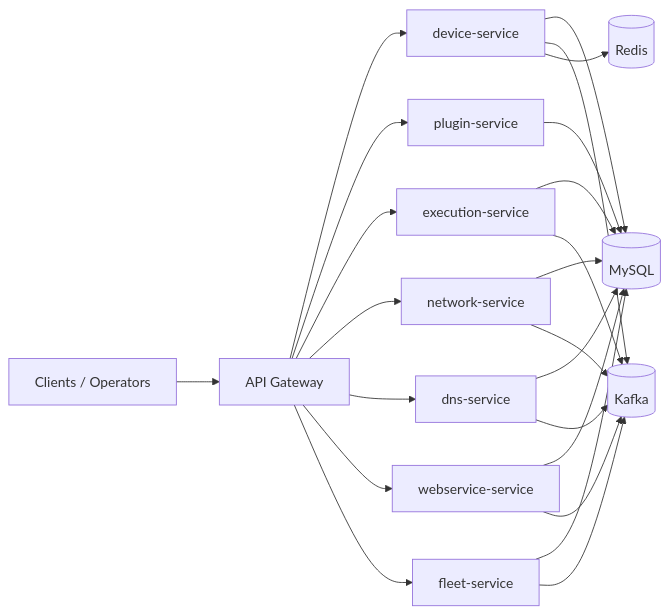
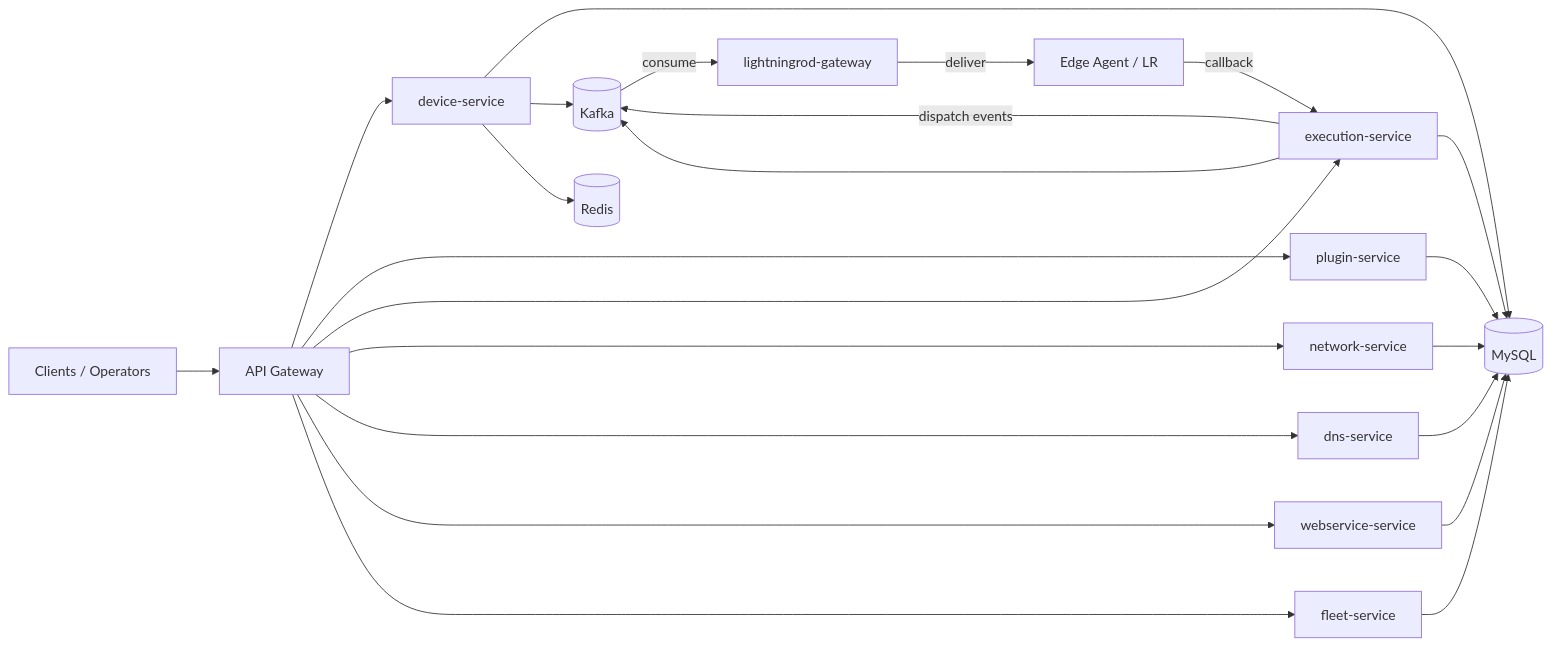
Before and after one commit to fabiooraziomirto/nexora-platform: the first of 3 diagrams in README.md, drawn with Mermaid. The commit also changed other lines of this file and 34 other files, not shown here.

First line of the commit message:
implementa parità funzionale IoTronic/LR con pipeline execution, gateway e agent lifecycle

````diff
--- a/README.md
+++ b/README.md
@@ -24,28 +24,29 @@
 ```mermaid
 flowchart LR
     Client[Clients / Operators] --> Gateway[API Gateway]
     Gateway --> Device[device-service]
     Gateway --> Plugin[plugin-service]
     Gateway --> Execution[execution-service]
     Gateway --> Network[network-service]
     Gateway --> DNS[dns-service]
     Gateway --> Webservice[webservice-service]
     Gateway --> Fleet[fleet-service]
 
+    Execution -->|dispatch events| Kafka[(Kafka)]
+    Kafka -->|consume| LRGateway[lightningrod-gateway]
+    LRGateway -->|deliver| Agent[Edge Agent / LR]
+    Agent -->|callback| Execution
+
     Device --> MySQL[(MySQL)]
     Plugin --> MySQL
     Execution --> MySQL
     Network --> MySQL
     DNS --> MySQL
     Webservice --> MySQL
     Fleet --> MySQL
 
-    Device --> Kafka[(Kafka)]
+    Device --> Kafka
     Execution --> Kafka
-    Network --> Kafka
-    DNS --> Kafka
-    Webservice --> Kafka
-    Fleet --> Kafka
 
     Device --> Redis[(Redis)]
 ```
````
